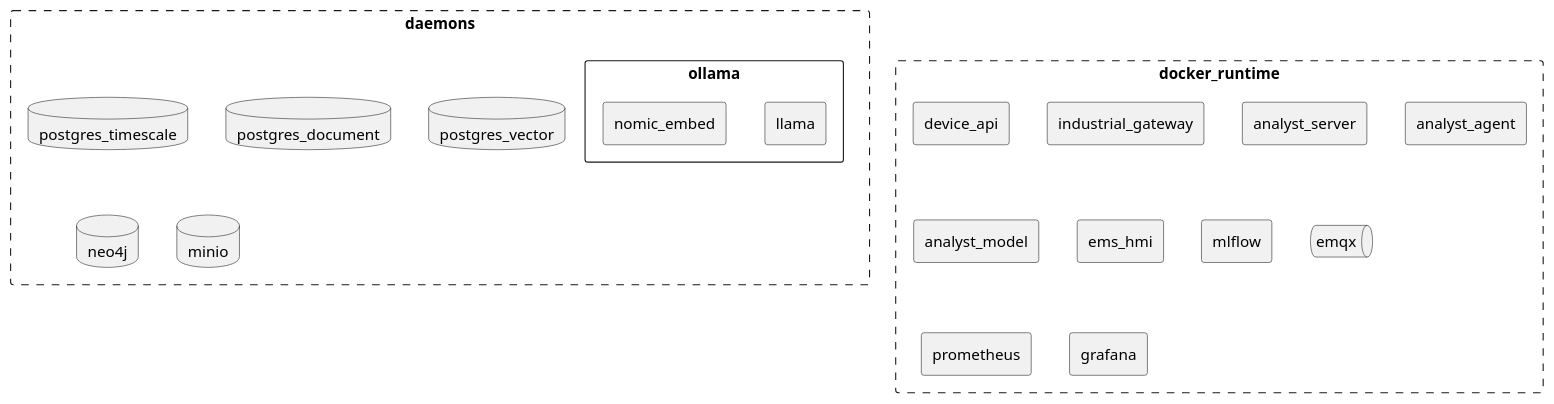
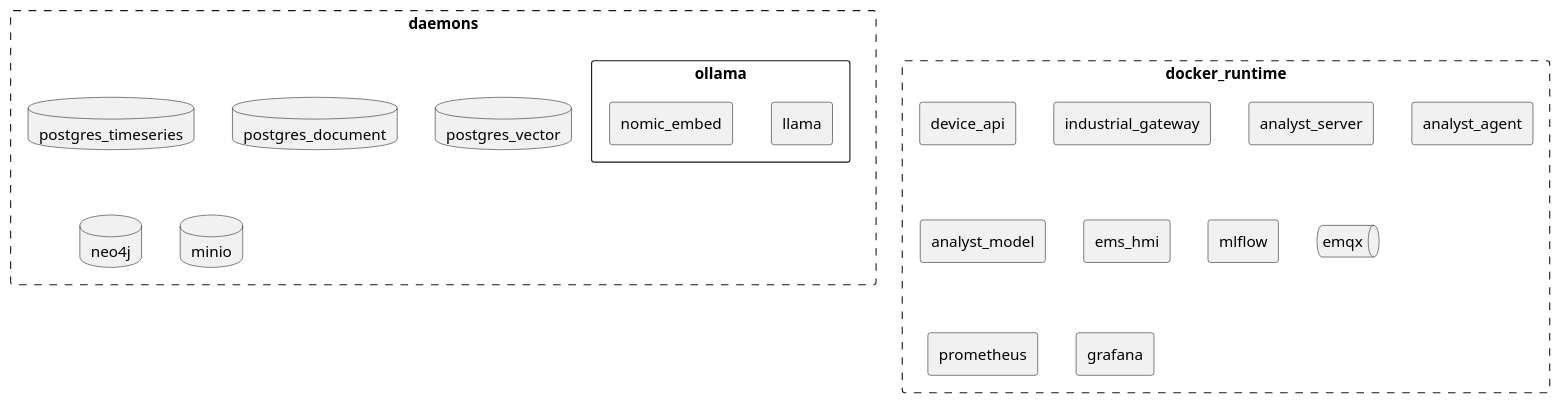
One commit to arcnode-io/ems changed the fifth of 6 diagrams in readme.md. Above: the diagram before and after it, drawn with PlantUML. The commit also changed other lines of this file and 1 other file, not shown here.

````diff
--- a/readme.md
+++ b/readme.md
@@ -149,27 +184,27 @@
 ```plantuml
 rectangle daemons #line.dashed {
-    database postgres_timescale 
+    database postgres_timeseries 
     database postgres_document 
     database postgres_vector
     database neo4j
     database minio
     rectangle ollama {
       rectangle llama
       rectangle nomic_embed
     }
     }
 
     rectangle docker_runtime #line.dashed {
     rectangle device_api
     rectangle industrial_gateway
     rectangle analyst_server
     rectangle analyst_agent
     rectangle analyst_model
     rectangle ems_hmi
     rectangle mlflow
     queue emqx
     rectangle prometheus
     rectangle grafana
 }
 
 ```
````
